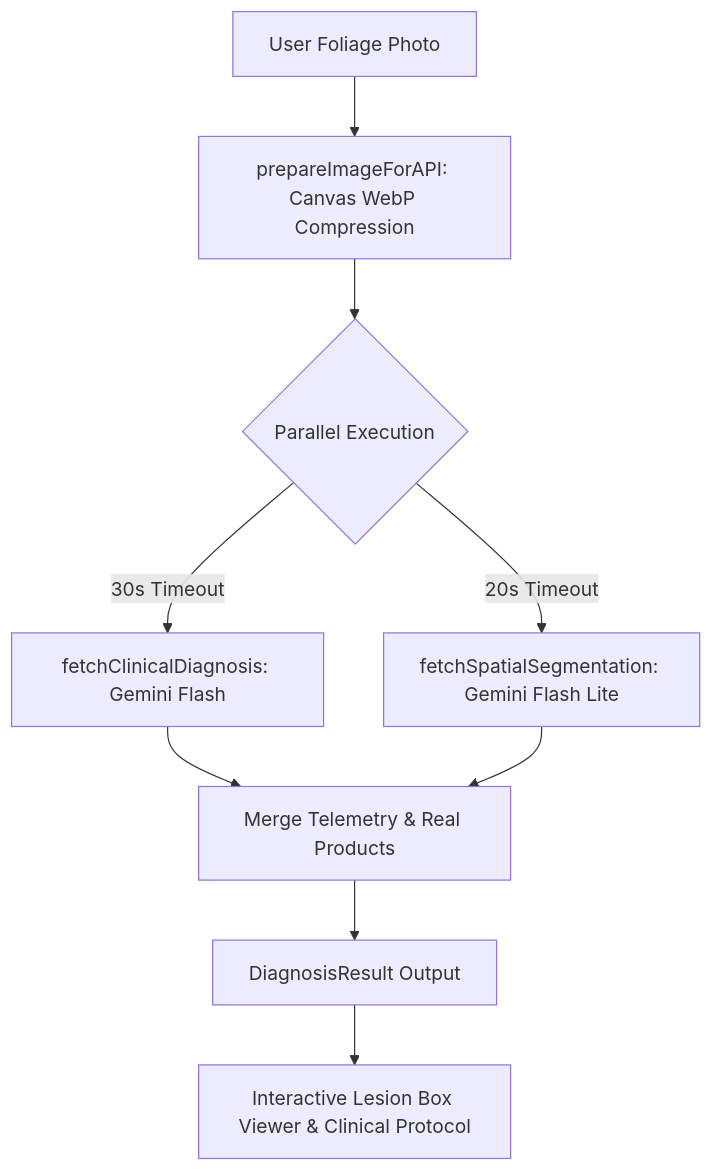
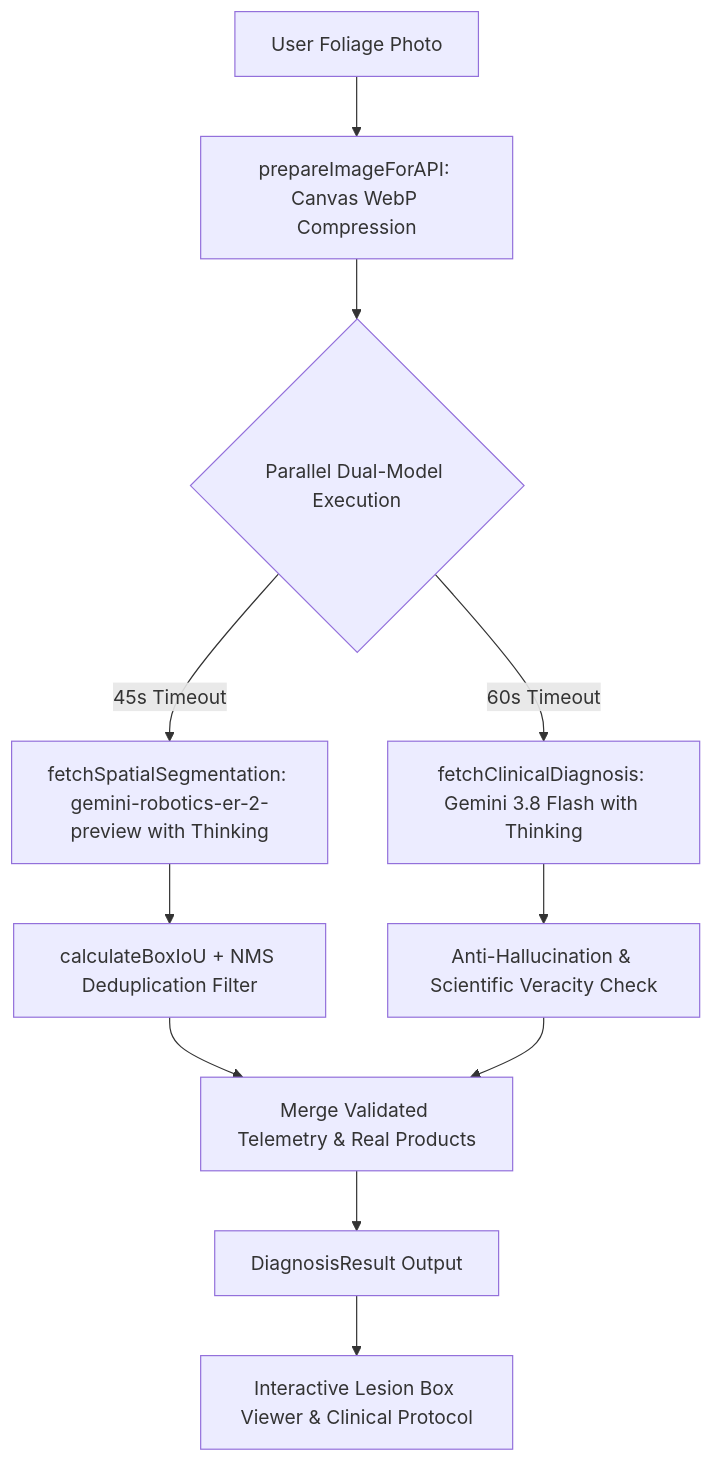
The diagram in AGENTS.md (AadishY/plantdoc), drawn with Mermaid before and after one commit. The commit also changed other lines of this file and 70 other files, not shown here.

````diff
--- a/AGENTS.md
+++ b/AGENTS.md
@@ -100,11 +125,13 @@
 ```mermaid
 graph TD
     A[User Foliage Photo] --> B[prepareImageForAPI: Canvas WebP Compression]
-    B --> C{Parallel Execution}
-    C -->|30s Timeout| D[fetchClinicalDiagnosis: Gemini Flash]
-    C -->|20s Timeout| E[fetchSpatialSegmentation: Gemini Flash Lite]
-    D --> F[Merge Telemetry & Real Products]
-    E --> F
-    F --> G[DiagnosisResult Output]
-    G --> H[Interactive Lesion Box Viewer & Clinical Protocol]
+    B --> C{Parallel Dual-Model Execution}
+    C -->|60s Timeout| D[fetchClinicalDiagnosis: Gemini 3.8 Flash with Thinking]
+    C -->|45s Timeout| E[fetchSpatialSegmentation: gemini-robotics-er-2-preview with Thinking]
+    E --> F[calculateBoxIoU + NMS Deduplication Filter]
+    D --> G[Anti-Hallucination & Scientific Veracity Check]
+    F --> H[Merge Validated Telemetry & Real Products]
+    G --> H
+    H --> I[DiagnosisResult Output]
+    I --> J[Interactive Lesion Box Viewer & Clinical Protocol]
 ```
````
